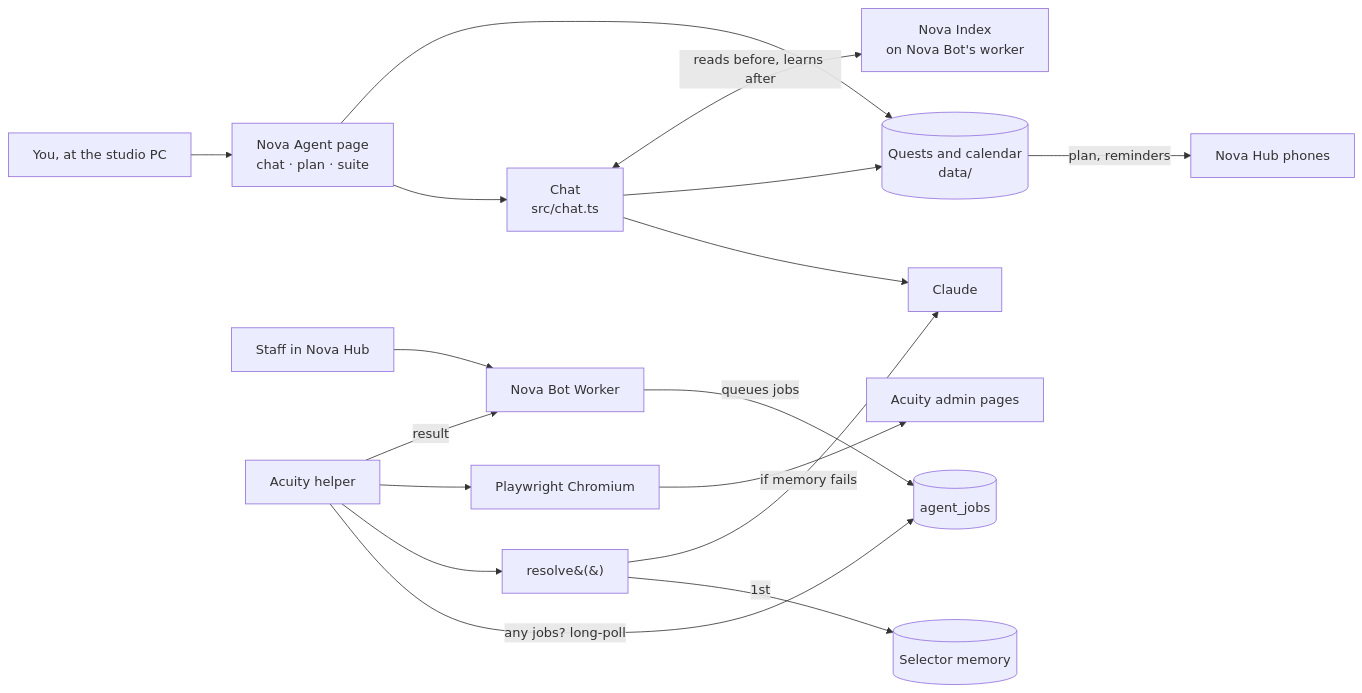
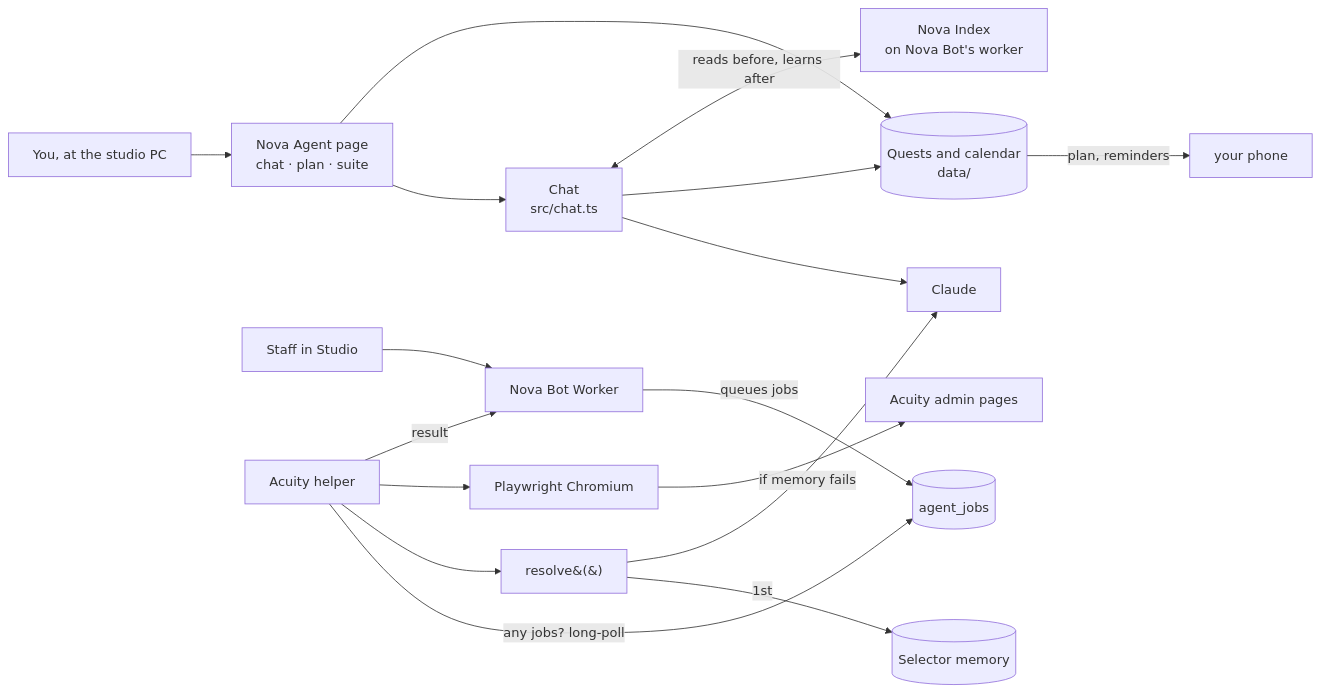
One commit to tuniveza/nova-agent changed the diagram in README.md. Above: the diagram before and after it, drawn with Mermaid. The commit also changed other lines of this file and 65 other files, not shown here.

First line of the commit message:
Nova Hub is Studio, Nova Portal is Crew, and the suite is Nova Agent

````diff
--- a/README.md
+++ b/README.md
@@ -282,16 +282,16 @@
 ```mermaid
 flowchart LR
     You[You, at the studio PC] --> UI[Nova Agent page<br/>chat · plan · suite]
     UI --> Chat[Chat<br/>src/chat.ts] --> Claude[Claude]
     Chat --> Q[(Quests and calendar<br/>data/)]
     UI --> Q
     Chat <-->|reads before, learns after| NI[Nova Index<br/>on Nova Bot's worker]
-    Q -->|plan, reminders| Hub[Nova Hub phones]
-    S[Staff in Nova Hub] --> NB[Nova Bot Worker]
+    Q -->|plan, reminders| Hub[your phone]
+    S[Staff in Studio] --> NB[Nova Bot Worker]
     NB -->|queues jobs| J[(agent_jobs)]
     NA[Acuity helper] -->|"any jobs?" long-poll| J
     NA --> R[resolve&#40;&#41;] -->|1st| M[(Selector memory)]
     R -->|if memory fails| Claude
     NA --> B[Playwright Chromium] --> A[Acuity admin pages]
     NA -->|result| NB
 ```
````
